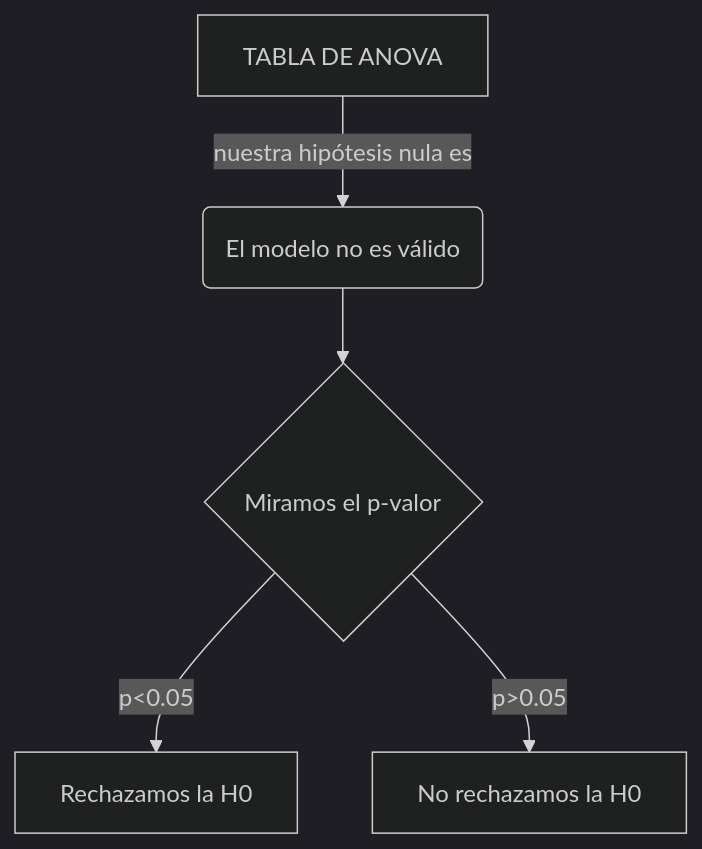
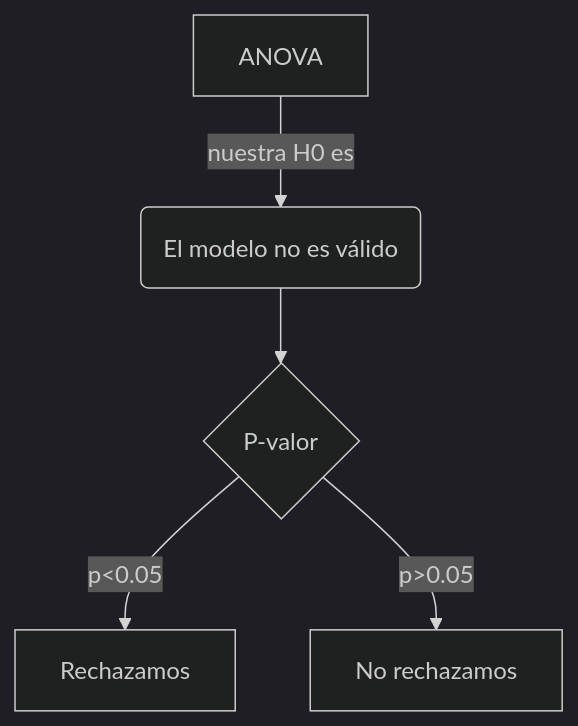
The diagram in content/courses/Manual/7.1 regresion_simple.md (DataPolitica/oficial), drawn with Mermaid (dark theme) before and after one commit.

````diff
--- a/content/courses/Manual/7.1 regresion_simple.md
+++ b/content/courses/Manual/7.1 regresion_simple.md
@@ -109,7 +109,7 @@
 ```mermaid
 graph TD
-A[TABLA DE ANOVA] -->|nuestra hipótesis nula es| B(El modelo no es válido)
-B --> C{Miramos el p-valor}
-C -->|p<0.05| D[Rechazamos la H0]
-C -->|p>0.05| E[No rechazamos la H0]
+A[ANOVA] -->|nuestra H0 es| B(El modelo no es válido)
+B --> C{P-valor}
+C -->|p<0.05| D[Rechazamos]
+C -->|p>0.05| E[No rechazamos]
 ```
````
